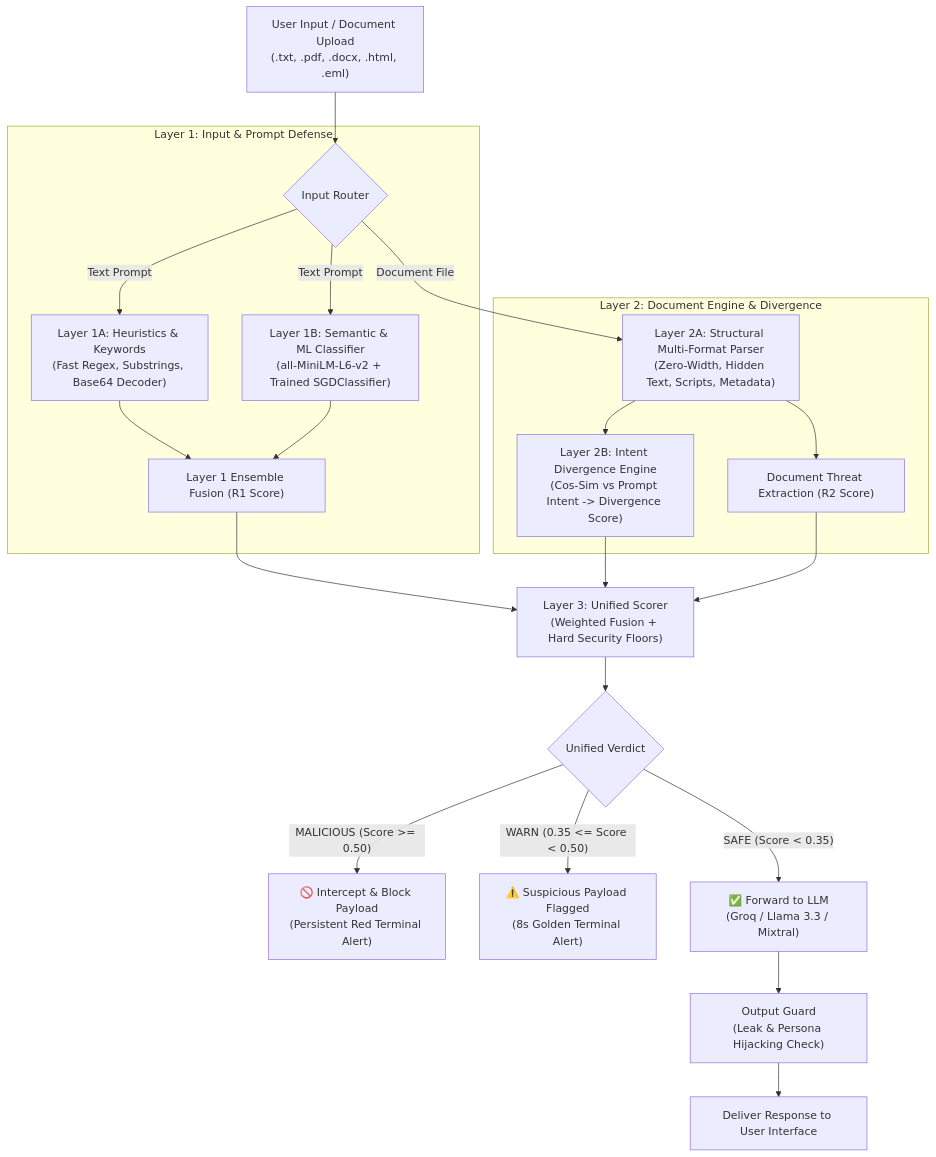
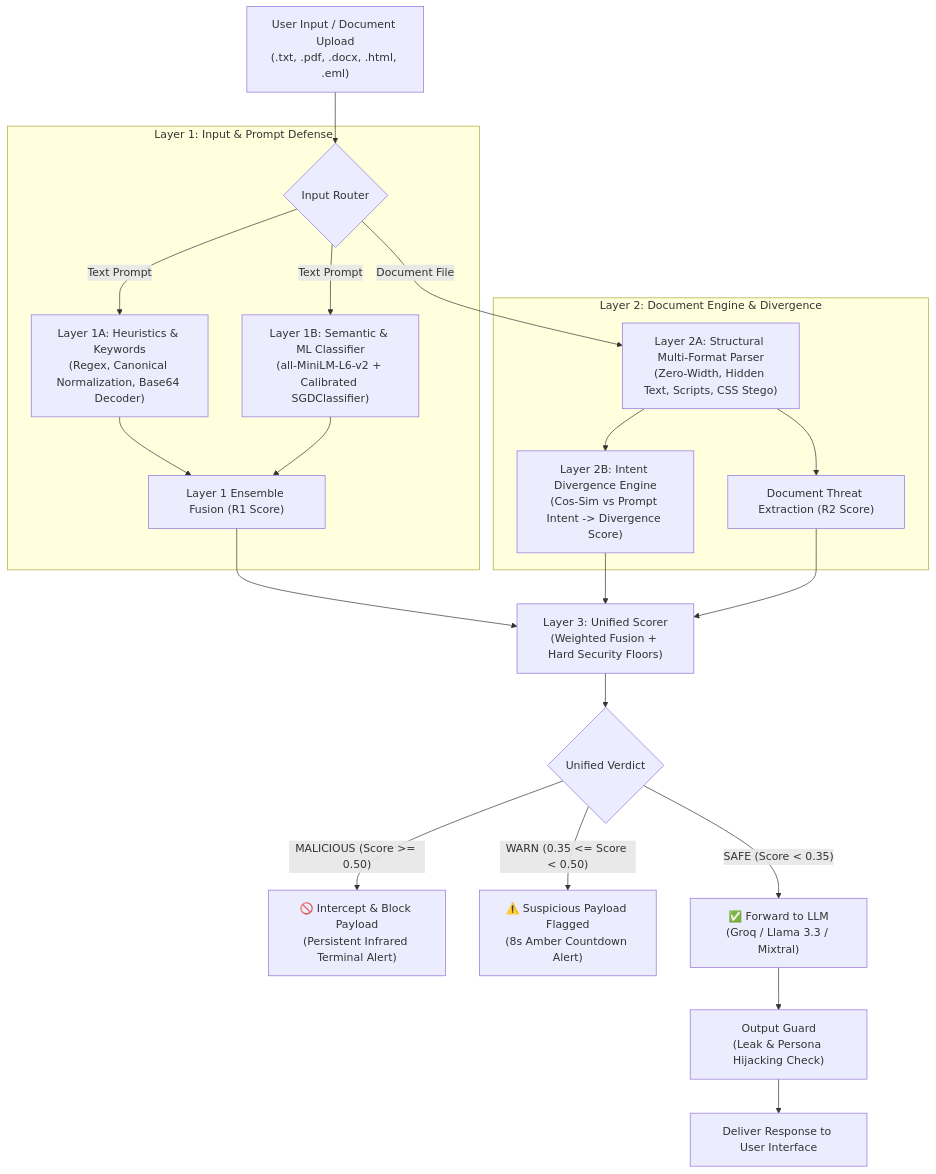
The diagram in README.md (vedanthmr/Permeability), drawn with Mermaid before and after one commit. The commit also changed other lines of this file and 14 other files, not shown here.

````diff
--- a/README.md
+++ b/README.md
@@ -26,29 +26,29 @@
 ```mermaid
 flowchart TD
     UserIn["User Input / Document Upload\n(.txt, .pdf, .docx, .html, .eml)"] --> Splitter{"Input Router"}
 
     subgraph Layer1 ["Layer 1: Input & Prompt Defense"]
-        Splitter -->|"Text Prompt"| L1A["Layer 1A: Heuristics & Keywords\n(Fast Regex, Substrings, Base64 Decoder)"]
-        Splitter -->|"Text Prompt"| L1B["Layer 1B: Semantic & ML Classifier\n(all-MiniLM-L6-v2 + Trained SGDClassifier)"]
+        Splitter -->|"Text Prompt"| L1A["Layer 1A: Heuristics & Keywords\n(Regex, Canonical Normalization, Base64 Decoder)"]
+        Splitter -->|"Text Prompt"| L1B["Layer 1B: Semantic & ML Classifier\n(all-MiniLM-L6-v2 + Calibrated SGDClassifier)"]
         L1A --> L1Fuse["Layer 1 Ensemble Fusion (R1 Score)"]
         L1B --> L1Fuse
     end
 
     subgraph Layer2 ["Layer 2: Document Engine & Divergence"]
-        Splitter -->|"Document File"| L2A["Layer 2A: Structural Multi-Format Parser\n(Zero-Width, Hidden Text, Scripts, Metadata)"]
+        Splitter -->|"Document File"| L2A["Layer 2A: Structural Multi-Format Parser\n(Zero-Width, Hidden Text, Scripts, CSS Stego)"]
         L2A --> L2B["Layer 2B: Intent Divergence Engine\n(Cos-Sim vs Prompt Intent -> Divergence Score)"]
         L2A --> L2Risk["Document Threat Extraction (R2 Score)"]
     end
 
     L1Fuse --> L3["Layer 3: Unified Scorer\n(Weighted Fusion + Hard Security Floors)"]
     L2B --> L3
     L2Risk --> L3
 
     L3 --> VerdictCheck{"Unified Verdict"}
-    VerdictCheck -->|"MALICIOUS (Score >= 0.50)"| BlockAction["🚫 Intercept & Block Payload\n(Persistent Red Terminal Alert)"]
-    VerdictCheck -->|"WARN (0.35 <= Score < 0.50)"| WarnAction["⚠️ Suspicious Payload Flagged\n(8s Golden Terminal Alert)"]
+    VerdictCheck -->|"MALICIOUS (Score >= 0.50)"| BlockAction["🚫 Intercept & Block Payload\n(Persistent Infrared Terminal Alert)"]
+    VerdictCheck -->|"WARN (0.35 <= Score < 0.50)"| WarnAction["⚠️ Suspicious Payload Flagged\n(8s Amber Countdown Alert)"]
     VerdictCheck -->|"SAFE (Score < 0.35)"| LLMExec["✅ Forward to LLM\n(Groq / Llama 3.3 / Mixtral)"]
 
     LLMExec --> OutGuard["Output Guard\n(Leak & Persona Hijacking Check)"]
     OutGuard --> FinalUser["Deliver Response to User Interface"]
 ```
````
